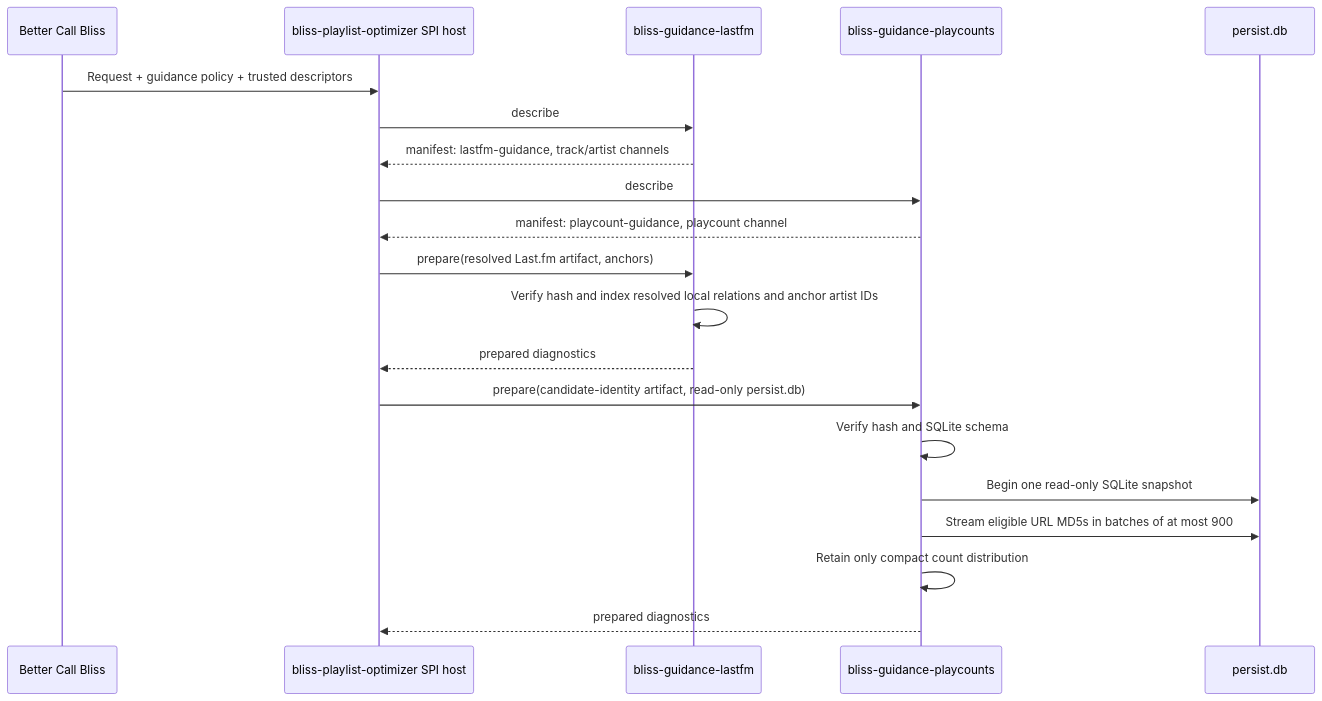
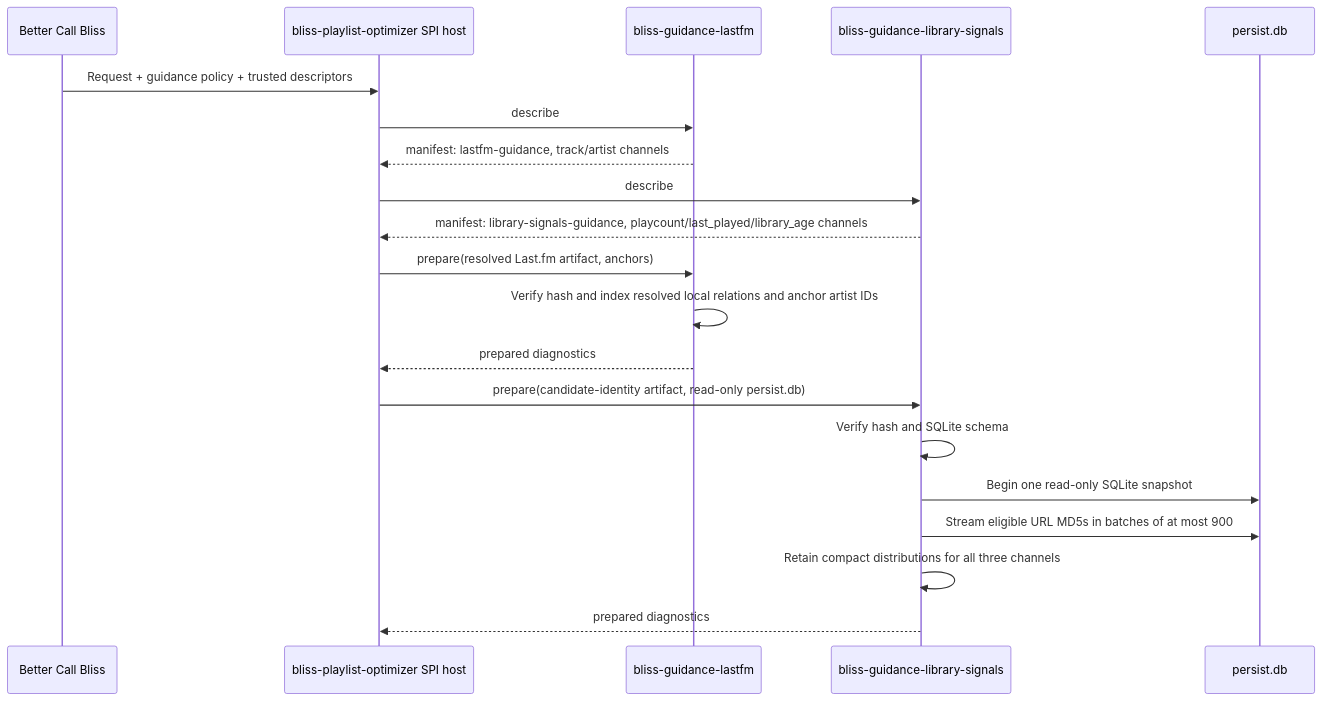
One commit to chrober/lms-better-call-bliss changed the third of 6 diagrams in docs/GUIDANCE_DATA_FLOW.md. Above: the diagram before and after it, drawn with Mermaid. The commit also changed other lines of this file and 17 other files, not shown here.

Commit message:
feat: add local library guidance signals

````diff
--- a/docs/GUIDANCE_DATA_FLOW.md
+++ b/docs/GUIDANCE_DATA_FLOW.md
@@ -129,25 +129,25 @@
 ```mermaid
 sequenceDiagram
     participant B as Better Call Bliss
     participant O as bliss-playlist-optimizer SPI host
     participant LF as bliss-guidance-lastfm
-    participant PC as bliss-guidance-playcounts
+    participant LS as bliss-guidance-library-signals
     participant DB as persist.db
 
     B->>O: Request + guidance policy + trusted descriptors
     O->>LF: describe
     LF-->>O: manifest: lastfm-guidance, track/artist channels
-    O->>PC: describe
-    PC-->>O: manifest: playcount-guidance, playcount channel
+    O->>LS: describe
+    LS-->>O: manifest: library-signals-guidance, playcount/last_played/library_age channels
 
     O->>LF: prepare(resolved Last.fm artifact, anchors)
     LF->>LF: Verify hash and index resolved local relations and anchor artist IDs
     LF-->>O: prepared diagnostics
 
-    O->>PC: prepare(candidate-identity artifact, read-only persist.db)
-    PC->>PC: Verify hash and SQLite schema
-    PC->>DB: Begin one read-only SQLite snapshot
-    PC->>DB: Stream eligible URL MD5s in batches of at most 900
-    PC->>PC: Retain only compact count distribution
-    PC-->>O: prepared diagnostics
+    O->>LS: prepare(candidate-identity artifact, read-only persist.db)
+    LS->>LS: Verify hash and SQLite schema
+    LS->>DB: Begin one read-only SQLite snapshot
+    LS->>DB: Stream eligible URL MD5s in batches of at most 900
+    LS->>LS: Retain compact distributions for all three channels
+    LS-->>O: prepared diagnostics
 ```
````
